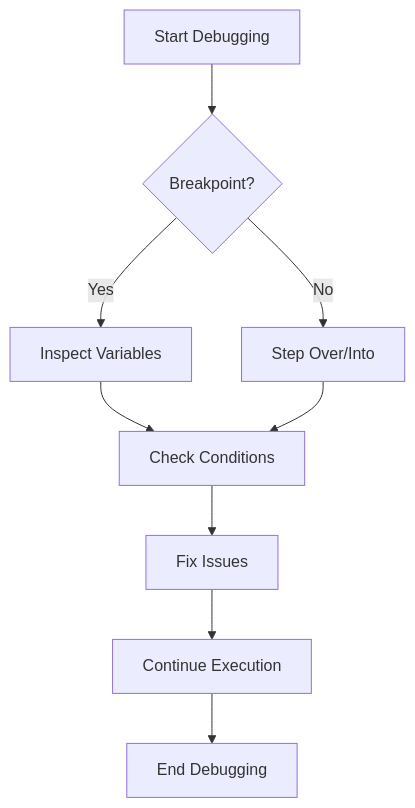
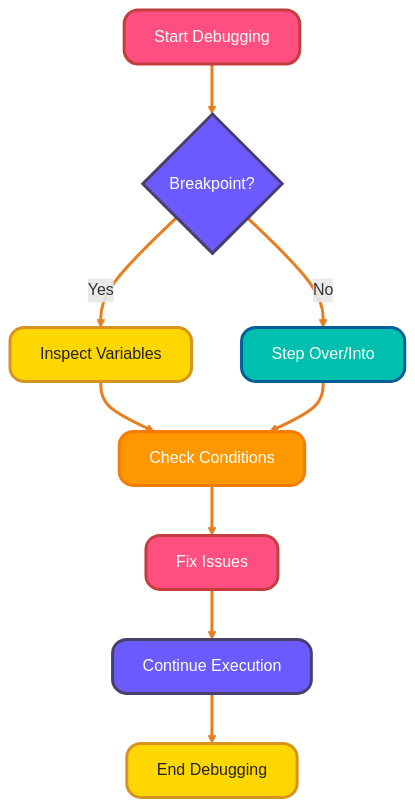
Before and after one commit to infoyouth/infoyouth.github.io: the fifth of 5 diagrams in _posts/python/2026-01-11-32.-logging-and-debugging.md, drawn with Mermaid. The commit also changed other lines of this file, not shown here.

````diff
--- a/_posts/python/2026-01-11-32.-logging-and-debugging.md
+++ b/_posts/python/2026-01-11-32.-logging-and-debugging.md
@@ -330,11 +522,19 @@
 ```mermaid
 graph TD;
-    A[Start Debugging] --> B{Breakpoint?};
-    B -- Yes --> C[Inspect Variables];
-    B -- No --> D[Step Over/Into];
-    C --> E[Check Conditions];
+    A[Start Debugging]:::style1 --> B{Breakpoint?}:::style2;
+    B -- Yes --> C[Inspect Variables]:::style3;
+    B -- No --> D[Step Over/Into]:::style4;
+    C --> E[Check Conditions]:::style5;
     D --> E;
-    E --> F[Fix Issues];
-    F --> G[Continue Execution];
-    G --> H[End Debugging];
+    E --> F[Fix Issues]:::style1;
+    F --> G[Continue Execution]:::style2;
+    G --> H[End Debugging]:::style3;
+
+    classDef style1 fill:#ff4f81,stroke:#c43e3e,color:#fff,font-size:16px,stroke-width:3px,rx:14,shadow:6px;
+    classDef style2 fill:#6b5bff,stroke:#4a3f6b,color:#fff,font-size:16px,stroke-width:3px,rx:14,shadow:6px;
+    classDef style3 fill:#ffd700,stroke:#d99120,color:#222,font-size:16px,stroke-width:3px,rx:14,shadow:6px;
+    classDef style4 fill:#00bfae,stroke:#005f99,color:#fff,font-size:16px,stroke-width:3px,rx:14,shadow:6px;
+    classDef style5 fill:#ff9800,stroke:#f57c00,color:#fff,font-size:16px,stroke-width:3px,rx:14,shadow:6px;
+    
+    linkStyle default stroke:#e67e22,stroke-width:3px;
 ```
````
